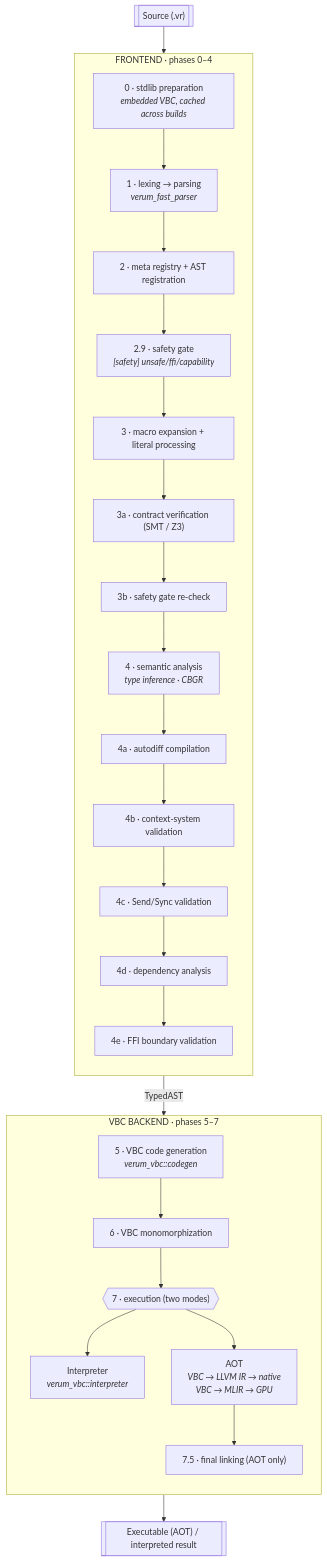
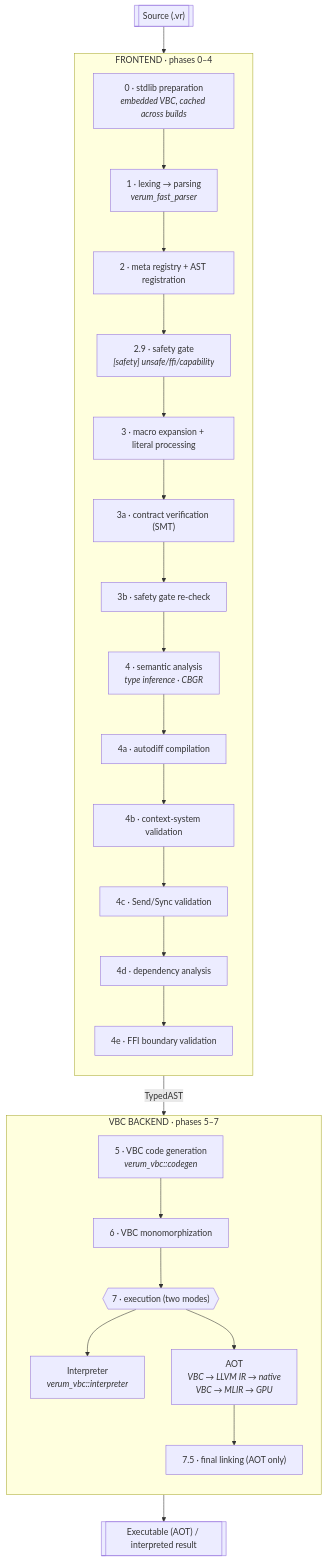
The first of 2 diagrams in docs/architecture/compilation-pipeline.md (verum-lang/website), drawn with Mermaid before and after one commit. The commit also changed other lines of this file and 32 other files, not shown here.

````diff
--- a/docs/architecture/compilation-pipeline.md
+++ b/docs/architecture/compilation-pipeline.md
@@ -15,42 +15,42 @@
 ```mermaid
 flowchart TD
     SRC[["Source (.vr)"]]
 
     subgraph FE["FRONTEND · phases 0–4"]
         direction TB
         F0["0 · stdlib preparation<br/><i>embedded VBC, cached across builds</i>"]
         F1["1 · lexing → parsing<br/><i>verum_fast_parser</i>"]
         F2["2 · meta registry + AST registration"]
         F29["2.9 · safety gate<br/><i>[safety] unsafe/ffi/capability</i>"]
         F3["3 · macro expansion + literal processing"]
-        F3A["3a · contract verification (SMT / Z3)"]
+        F3A["3a · contract verification (SMT)"]
         F3B["3b · safety gate re-check"]
         F4["4 · semantic analysis<br/><i>type inference · CBGR</i>"]
         F4A["4a · autodiff compilation"]
         F4B["4b · context-system validation"]
         F4C["4c · Send/Sync validation"]
         F4D["4d · dependency analysis"]
         F4E["4e · FFI boundary validation"]
         F0 --> F1 --> F2 --> F29 --> F3 --> F3A --> F3B --> F4 --> F4A --> F4B --> F4C --> F4D --> F4E
     end
 
     subgraph BE["VBC BACKEND · phases 5–7"]
         direction TB
         B5["5 · VBC code generation<br/><i>verum_vbc::codegen</i>"]
         B6["6 · VBC monomorphization"]
         B7{{"7 · execution (two modes)"}}
         B7A["Interpreter<br/><i>verum_vbc::interpreter</i>"]
         B7B["AOT<br/><i>VBC → LLVM IR → native<br/>VBC → MLIR → GPU</i>"]
         B75["7.5 · final linking (AOT only)"]
         B5 --> B6 --> B7
         B7 --> B7A
         B7 --> B7B
         B7B --> B75
     end
 
     OUT[["Executable (AOT) / interpreted result"]]
 
     SRC --> FE
     FE -- "TypedAST" --> BE
     BE --> OUT
 ```
````
